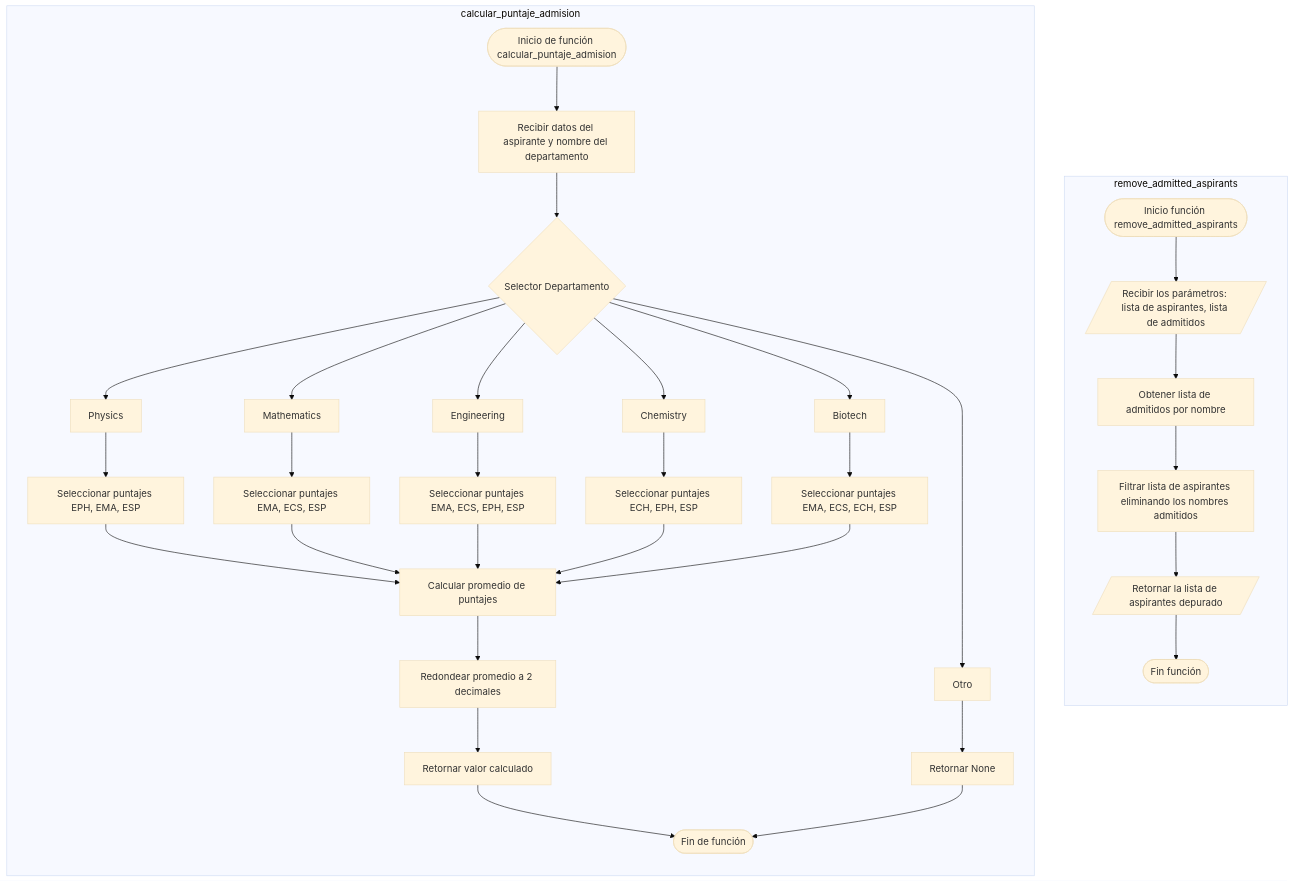
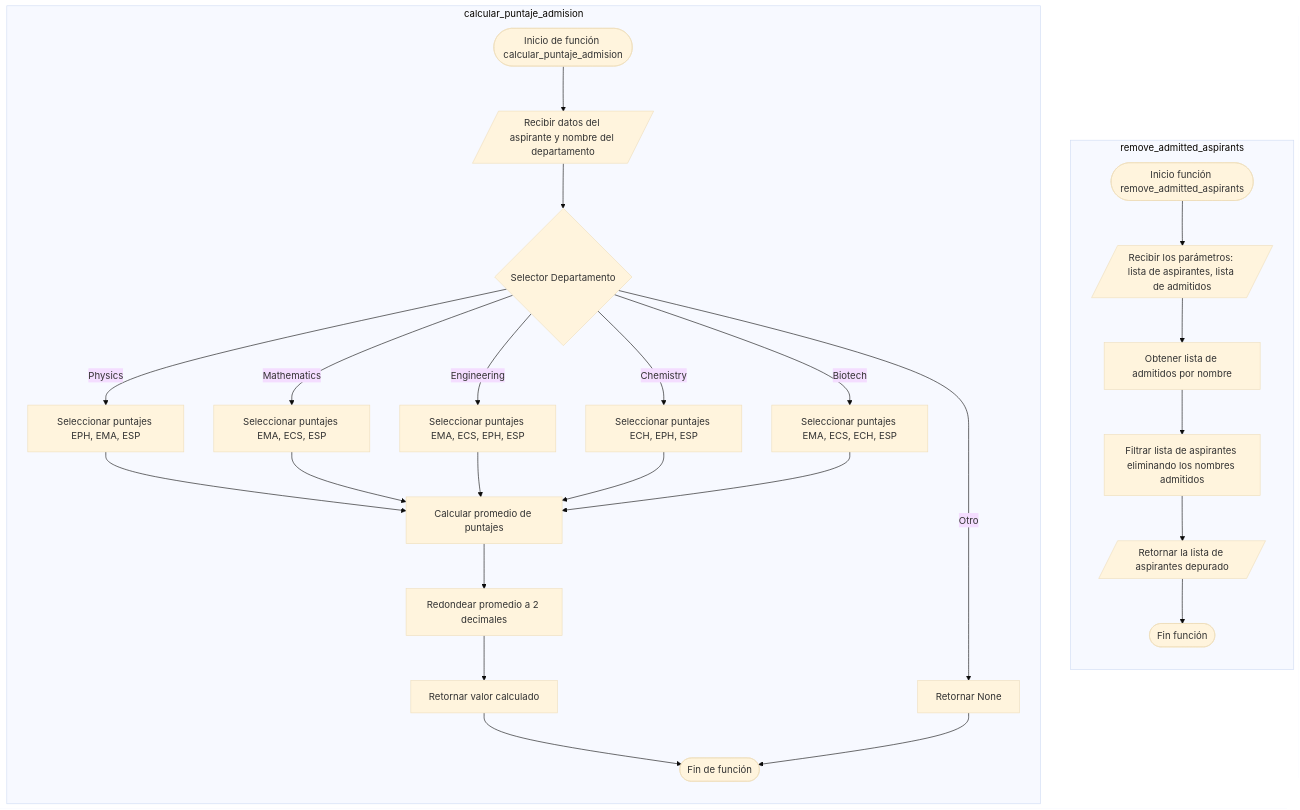
One commit to vshalisko/PythonIntro changed the diagram in Unidad_3/Proyecto_3_funciones.mermaid. Above: the diagram before and after it, drawn with Mermaid (base theme).

```diff
--- a/Unidad_3/Proyecto_3_funciones.mermaid
+++ b/Unidad_3/Proyecto_3_funciones.mermaid
@@ -1,41 +1,34 @@
 flowchart TD
 
 subgraph remove_admitted_aspirants
 direction TB
 R0([Inicio función remove_admitted_aspirants]) --> R1
 R1[/Recibir los parámetros: lista de aspirantes, lista de admitidos/] --> R2
 R2[Obtener lista de admitidos por nombre] --> R3
 R3[Filtrar lista de aspirantes eliminando los nombres admitidos] --> R4
 R4[/Retornar la lista de aspirantes depurado/] --> R5
 R5([Fin función])
 end
 
 subgraph calcular_puntaje_admision
 direction TB
-A2([Inicio de función calcular_puntaje_admision]) --> B2[Recibir datos del aspirante y nombre del departamento]
-B2 --> C2{Selector Departamento}
-C2 --> D21[Physics]
-C2 --> D22[Mathematics]
-C2 --> D23[Engineering]
-C2 --> D24[Chemistry]
-C2 --> D25[Biotech]
-C2 --> D26[Otro]
+A2([Inicio de función calcular_puntaje_admision]) --> B2
+B2[/Recibir datos del aspirante y nombre del departamento/] --> C2
+C2{Selector Departamento} -- Physics --> E21 
+C2 -- Mathematics --> E22
+C2 -- Engineering --> E23
+C2 -- Chemistry --> E24
+C2 -- Biotech --> E25
+C2 -- Otro --> F21
 
-D21 --> E21[Seleccionar puntajes EPH, EMA, ESP]
-D22 --> E22[Seleccionar puntajes EMA, ECS, ESP]
-D23 --> E23[Seleccionar puntajes EMA, ECS, EPH, ESP]
-D24 --> E24[Seleccionar puntajes ECH, EPH, ESP]
-D25 --> E25[Seleccionar puntajes EMA, ECS, ECH, ESP]
-D26 --> F21[Retornar None]
-
-E21 --> G2[Calcular promedio de puntajes]
-E22 --> G2
-E23 --> G2
-E24 --> G2
-E25 --> G2
+E21[Seleccionar puntajes EPH, EMA, ESP] --> G2[Calcular promedio de puntajes]
+E22[Seleccionar puntajes EMA, ECS, ESP] --> G2
+E23[Seleccionar puntajes EMA, ECS, EPH, ESP] --> G2
+E24[Seleccionar puntajes ECH, EPH, ESP] --> G2
+E25[Seleccionar puntajes EMA, ECS, ECH, ESP] --> G2
 
 G2 --> H2[Redondear promedio a 2 decimales]
 H2 --> I2[Retornar valor calculado]
 I2 --> J2([Fin de función])
-F21 --> J2
+F21[Retornar None] --> J2
 end
```
